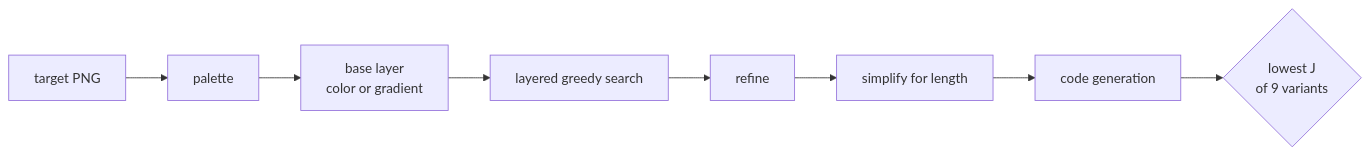
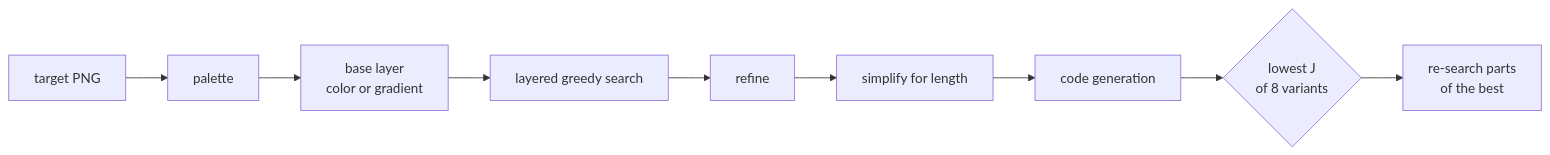
One commit to fMindstormer/cssynth changed the diagram in README.md. Above: the diagram before and after it, drawn with Mermaid. The commit also changed other lines of this file and 11 other files, not shown here.

First line of the commit message:
Re-search the best result; fit soft gradient stops; method write-up

````diff
--- a/README.md
+++ b/README.md
@@ -68,10 +72,11 @@
 ```mermaid
 flowchart LR
     A[target PNG] --> B[palette]
     B --> C[base layer<br>color or gradient]
     C --> D[layered greedy search]
     D --> E[refine]
     E --> F[simplify for length]
     F --> G[code generation]
-    G --> H{lowest J<br>of 9 variants}
+    G --> H{lowest J<br>of 8 variants}
+    H --> I[re-search parts<br>of the best]
 ```
````
